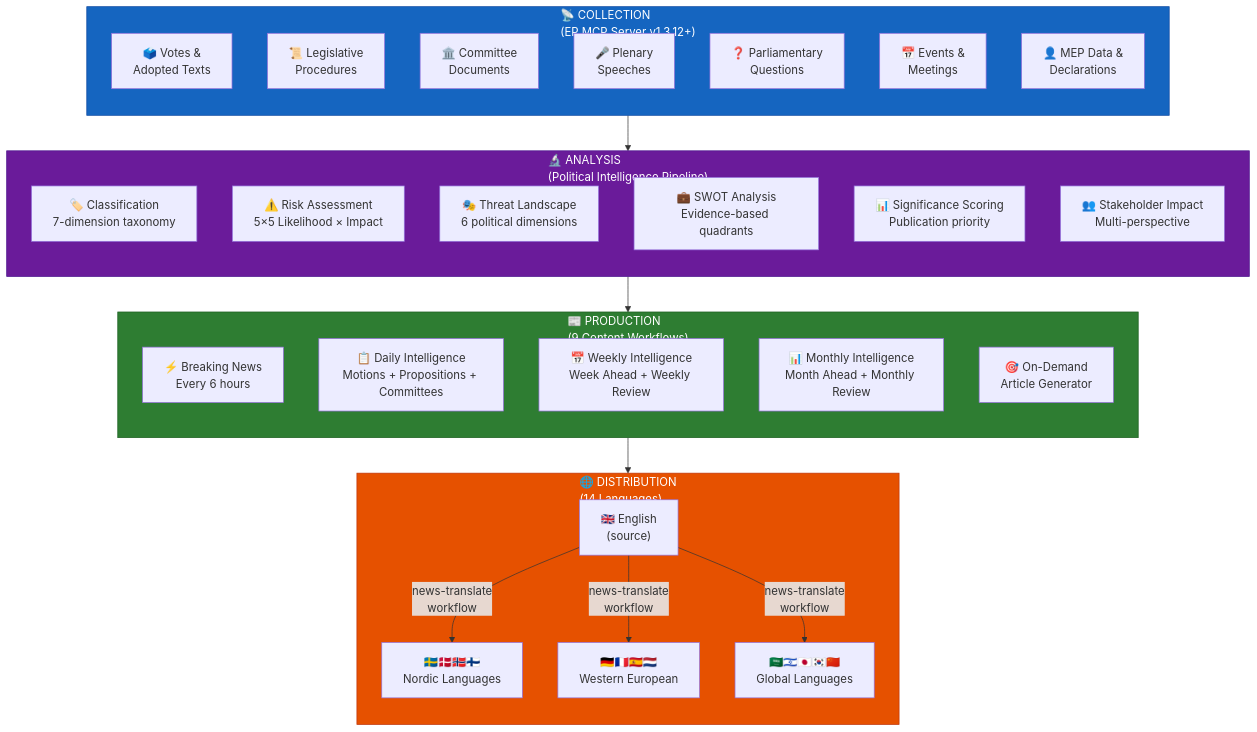
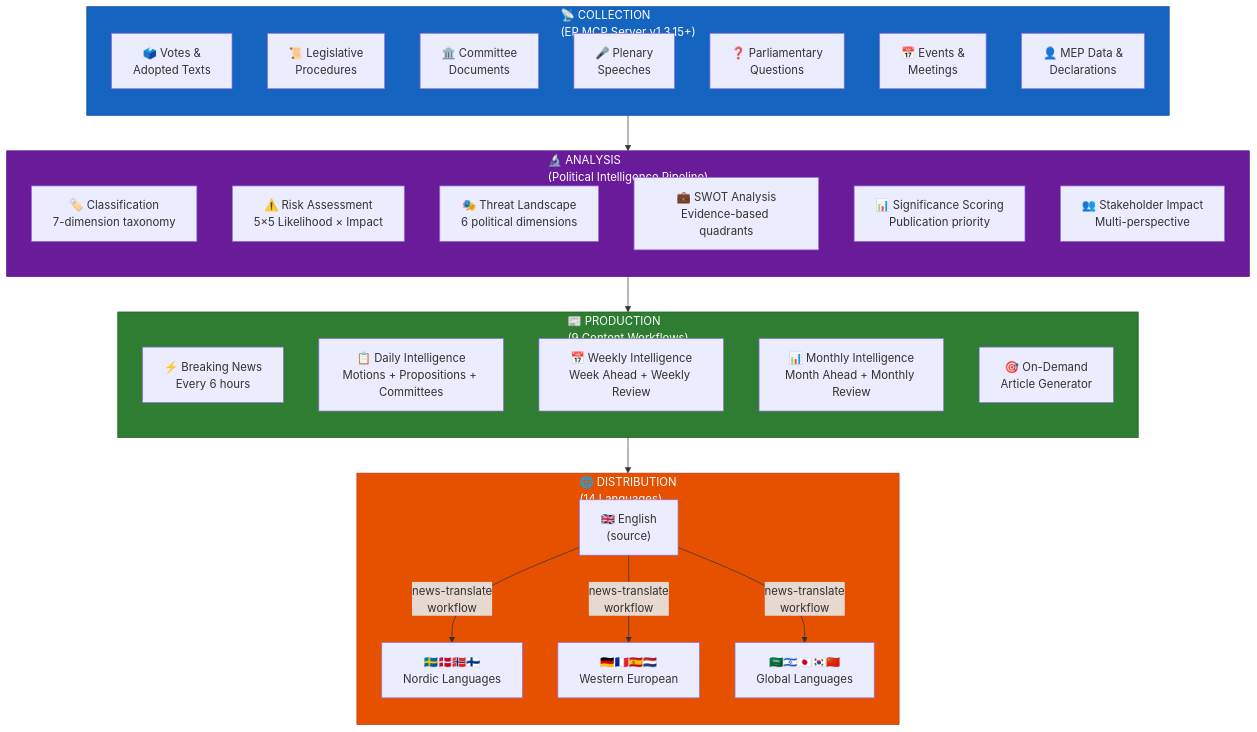
One commit to Hack23/euparliamentmonitor changed diagram 20 of 23 in WORKFLOWS.md. Above: the diagram before and after it, drawn with Mermaid. The commit also changed other lines of this file and 39 other files, not shown here.

````diff
--- a/WORKFLOWS.md
+++ b/WORKFLOWS.md
@@ -2130,48 +2130,48 @@
 ```mermaid
 flowchart TD
-    subgraph Collection["📡 COLLECTION<br/>(EP MCP Server v1.3.12+)"]
+    subgraph Collection["📡 COLLECTION<br/>(EP MCP Server v1.3.15+)"]
         direction TB
         C1["🗳️ Votes &<br/>Adopted Texts"]
         C2["📜 Legislative<br/>Procedures"]
         C3["🏛️ Committee<br/>Documents"]
         C4["🎤 Plenary<br/>Speeches"]
         C5["❓ Parliamentary<br/>Questions"]
         C6["📅 Events &<br/>Meetings"]
         C7["👤 MEP Data &<br/>Declarations"]
     end
 
     subgraph Analysis["🔬 ANALYSIS<br/>(Political Intelligence Pipeline)"]
         direction TB
         A1["🏷️ Classification<br/>7-dimension taxonomy"]
         A2["⚠️ Risk Assessment<br/>5×5 Likelihood × Impact"]
         A3["🎭 Threat Landscape<br/>6 political dimensions"]
         A4["💼 SWOT Analysis<br/>Evidence-based quadrants"]
         A5["📊 Significance Scoring<br/>Publication priority"]
         A6["👥 Stakeholder Impact<br/>Multi-perspective"]
     end
 
     subgraph Production["📰 PRODUCTION<br/>(9 Content Workflows)"]
         direction TB
         P1["⚡ Breaking News<br/>Every 6 hours"]
         P2["📋 Daily Intelligence<br/>Motions + Propositions + Committees"]
         P3["📅 Weekly Intelligence<br/>Week Ahead + Weekly Review"]
         P4["📊 Monthly Intelligence<br/>Month Ahead + Monthly Review"]
         P5["🎯 On-Demand<br/>Article Generator"]
     end
 
     subgraph Distribution["🌐 DISTRIBUTION<br/>(14 Languages)"]
         direction TB
         D1["🇬🇧 English<br/>(source)"]
         D2["🇸🇪🇩🇰🇳🇴🇫🇮<br/>Nordic Languages"]
         D3["🇩🇪🇫🇷🇪🇸🇳🇱<br/>Western European"]
         D4["🇸🇦🇮🇱🇯🇵🇰🇷🇨🇳<br/>Global Languages"]
     end
 
     Collection --> Analysis --> Production --> D1
     D1 --> |"news-translate<br/>workflow"| D2 & D3 & D4
 
     style Collection fill:#1565C0,stroke:#0D47A1,color:#FFFFFF
     style Analysis fill:#6A1B9A,stroke:#4A148C,color:#FFFFFF
     style Production fill:#2E7D32,stroke:#1B5E20,color:#FFFFFF
     style Distribution fill:#E65100,stroke:#BF360C,color:#FFFFFF
 ```
````
